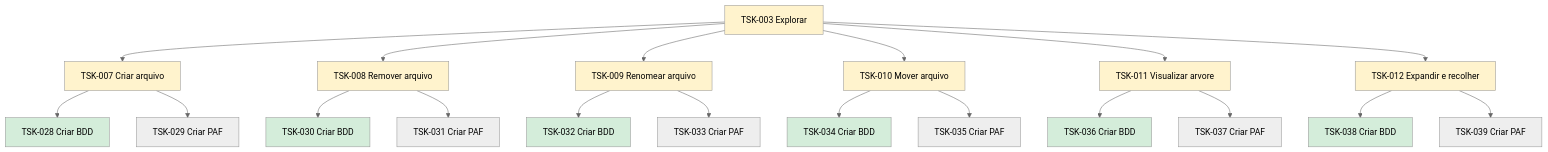
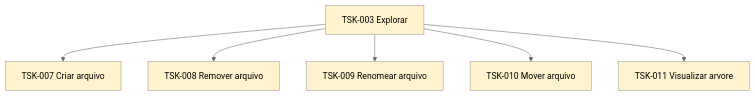
The diagram in flow/tasks/TSK-001-criar-epico/TSK-002-criar-as-historias/TSK-003-explorar/README.md (laerciogermano/workstation), drawn with Mermaid (neutral theme) before and after one commit. The commit also changed other lines of this file and 35 other files, not shown here.

````diff
--- a/flow/tasks/TSK-001-criar-epico/TSK-002-criar-as-historias/TSK-003-explorar/README.md
+++ b/flow/tasks/TSK-001-criar-epico/TSK-002-criar-as-historias/TSK-003-explorar/README.md
@@ -12,53 +12,20 @@
 ```mermaid
 flowchart TD
   T003[TSK-003 Explorar]
   T007[TSK-007 Criar arquivo]
   T008[TSK-008 Remover arquivo]
   T009[TSK-009 Renomear arquivo]
   T010[TSK-010 Mover arquivo]
   T011[TSK-011 Visualizar arvore]
-  T012[TSK-012 Expandir e recolher]
-  T028[TSK-028 Criar BDD]
-  T029[TSK-029 Criar PAF]
-  T030[TSK-030 Criar BDD]
-  T031[TSK-031 Criar PAF]
-  T032[TSK-032 Criar BDD]
-  T033[TSK-033 Criar PAF]
-  T034[TSK-034 Criar BDD]
-  T035[TSK-035 Criar PAF]
-  T036[TSK-036 Criar BDD]
-  T037[TSK-037 Criar PAF]
-  T038[TSK-038 Criar BDD]
-  T039[TSK-039 Criar PAF]
   T003 --> T007
   T003 --> T008
   T003 --> T009
   T003 --> T010
   T003 --> T011
-  T003 --> T012
-  T007 --> T028
-  T007 --> T029
-  T008 --> T030
-  T008 --> T031
-  T009 --> T032
-  T009 --> T033
-  T010 --> T034
-  T010 --> T035
-  T011 --> T036
-  T011 --> T037
-  T012 --> T038
-  T012 --> T039
   style T003 fill:#fff3cd
   style T007 fill:#fff3cd
-  style T028 fill:#d4edda
   style T008 fill:#fff3cd
-  style T030 fill:#d4edda
   style T009 fill:#fff3cd
-  style T032 fill:#d4edda
   style T010 fill:#fff3cd
-  style T034 fill:#d4edda
   style T011 fill:#fff3cd
-  style T036 fill:#d4edda
-  style T012 fill:#fff3cd
-  style T038 fill:#d4edda
 ```
````
